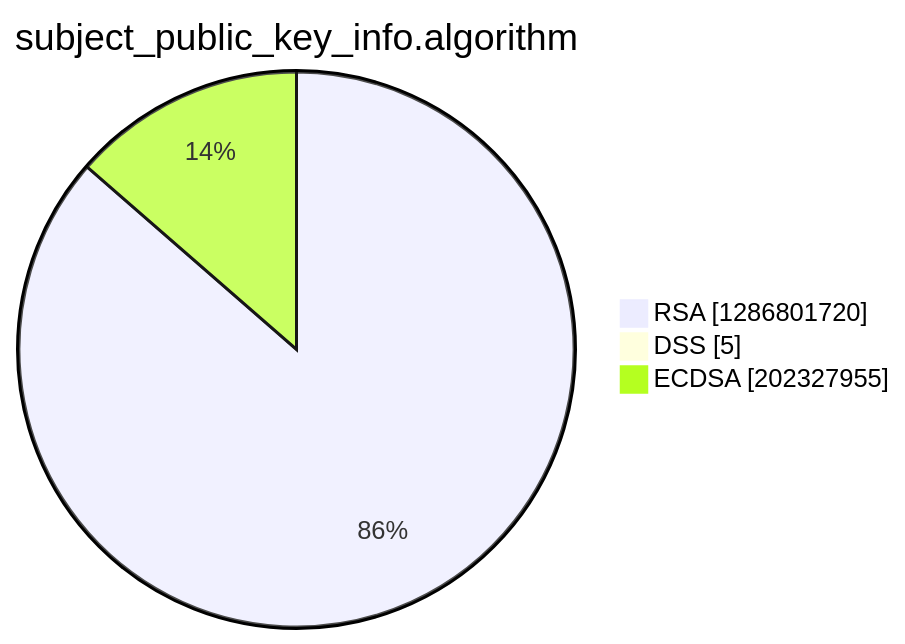
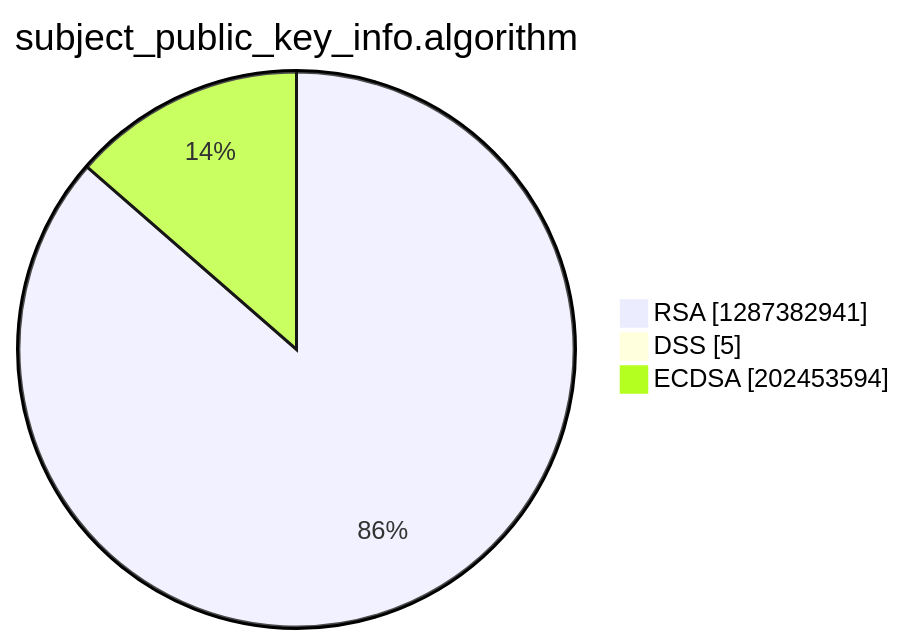
Before and after one commit to christiankrug/ctmonitor_visualization: the third of 15 diagrams in argon2022/README.md, drawn with Mermaid. The commit also changed other lines of this file, not shown here.

````diff
--- a/argon2022/README.md
+++ b/argon2022/README.md
@@ -14,7 +14,7 @@
 ```mermaid
 pie showData
 title subject_public_key_info.algorithm
-"RSA" :1286801720
+"RSA" :1287382941
 "DSS" :5
-"ECDSA" :202327955
+"ECDSA" :202453594
 ```
````
